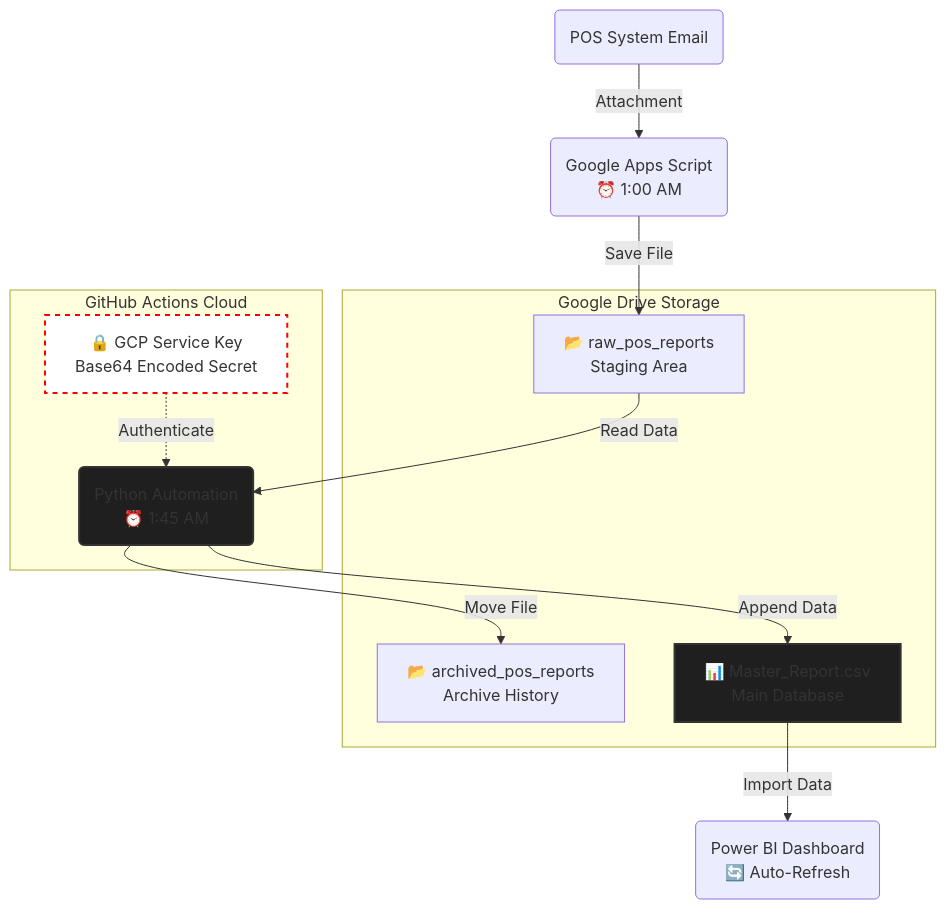
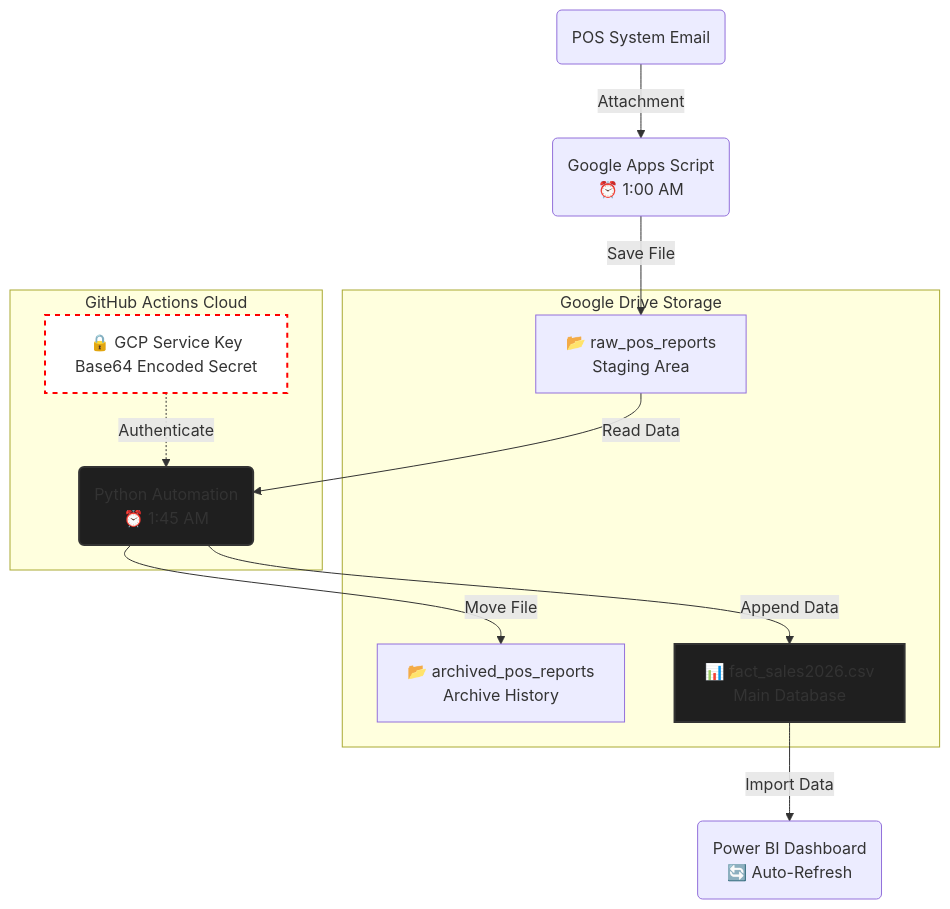
The diagram in README.md (robimengote/Automated-Cloud-ETL-Pipeline-for-Retail-Sales-Analytics), drawn with Mermaid before and after one commit.

````diff
--- a/README.md
+++ b/README.md
@@ -28,36 +28,36 @@
 ```mermaid
 graph TD
     %% Nodes
     POS(POS System Email)
     GAS(Google Apps Script <br/> ⏰ 1:00 AM)
     
     subgraph Google_Drive [Google Drive Storage]
         RAW[📂 raw_pos_reports <br/> Staging Area]
         ARCHIVE_POS_REPORTS[📂 archived_pos_reports <br/> Archive History]
-        MASTER_REPORT_FILE[📊 Master_Report.csv <br/> Main Database]
+        MASTER_REPORT_FILE[📊 fact_sales2026.csv <br/> Main Database]
     end
     
     subgraph GitHub_Cloud [GitHub Actions Cloud]
         PY(Python Automation <br/> ⏰ 1:45 AM)
         SECRET[🔒 GCP Service Key <br/> Base64 Encoded Secret]
     end
     
     PBI(Power BI Dashboard <br/> 🔄 Auto-Refresh)
     
     %% Connections
     POS -->|Attachment| GAS
     GAS -->|Save File| RAW
     
     RAW -->|Read Data| PY
     SECRET -.->|Authenticate| PY
     
     PY -->|Append Data| MASTER_REPORT_FILE
     PY -->|Move File| ARCHIVE_POS_REPORTS
     
     MASTER_REPORT_FILE -->|Import Data| PBI
     
     %% Styling
     style PY fill:#1F1F1F,stroke:#333,stroke-width:2px
     style MASTER_REPORT_FILE fill:#1F1F1F,stroke:#333,stroke-width:2px
     style SECRET fill:#fff,stroke:#f00,stroke-width:2px,stroke-dasharray: 5 5
 ```
````
